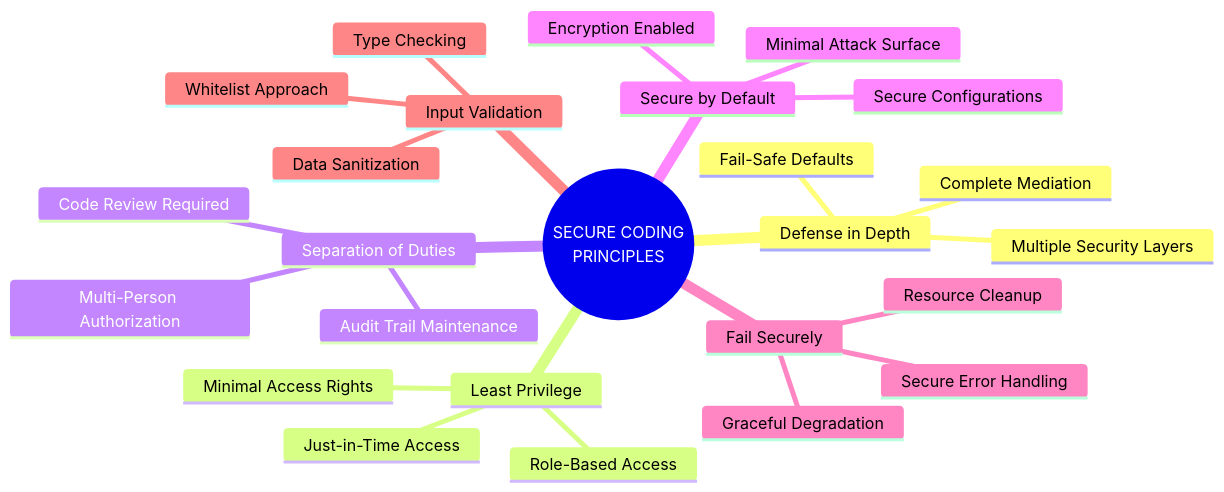
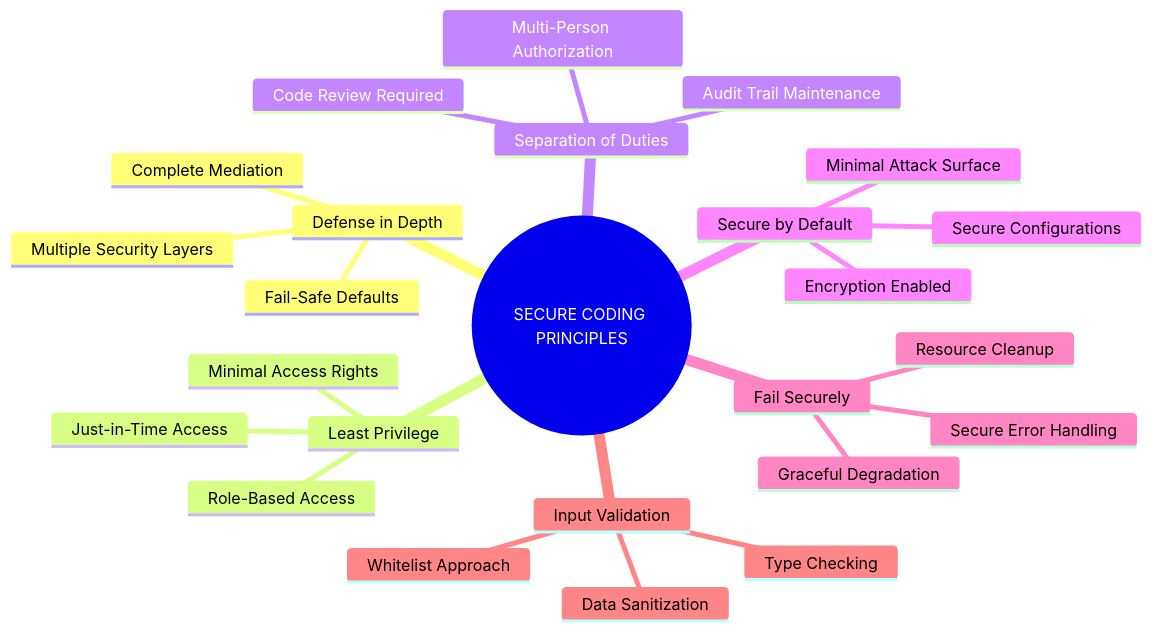
One commit to Vishwa0220/customers-docs changed the first of 6 diagrams in SECURAA_SECURE_CODING_POLICY.md. Above: the diagram before and after it, drawn with Mermaid. The commit also changed other lines of this file, not shown here.

Commit message:
Remove HTML br tags from Mermaid diagrams to fix rendering issues

````diff
--- a/SECURAA_SECURE_CODING_POLICY.md
+++ b/SECURAA_SECURE_CODING_POLICY.md
@@ -85,28 +85,28 @@
 ```mermaid
 mindmap
-  root((SECURE CODING<br/>PRINCIPLES))
+  root((SECURE CODING PRINCIPLES))
     Defense in Depth
       Multiple Security Layers
       Fail-Safe Defaults
       Complete Mediation
     Least Privilege
       Minimal Access Rights
       Role-Based Access
       Just-in-Time Access
     Separation of Duties
       Code Review Required
       Multi-Person Authorization
       Audit Trail Maintenance
     Secure by Default
       Secure Configurations
       Encryption Enabled
       Minimal Attack Surface
     Fail Securely
       Graceful Degradation
       Secure Error Handling
       Resource Cleanup
     Input Validation
       Whitelist Approach
       Data Sanitization
       Type Checking
 ```
````
